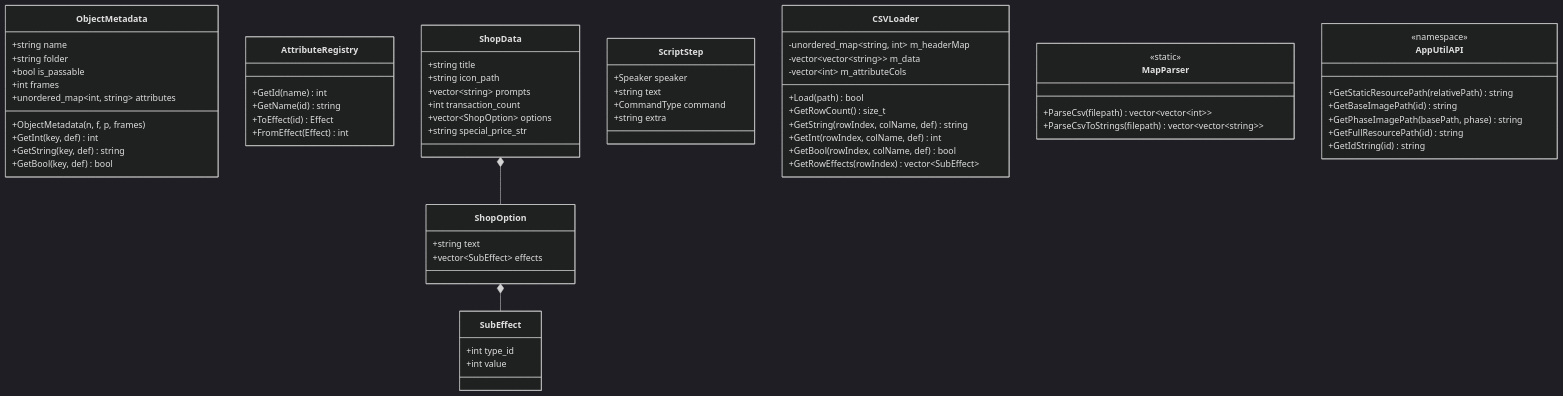
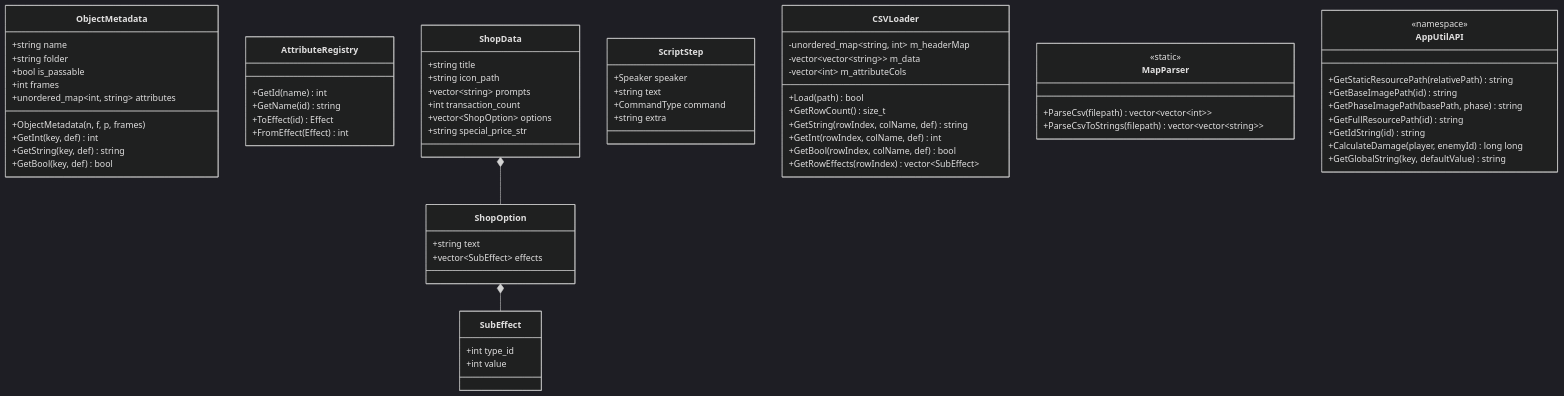
One commit to XWJWPIY/schoolwork_recreate_magic_tower changed the third of 4 diagrams in Constructure.md. Above: the diagram before and after it, drawn with Mermaid (dark theme). The commit also changed other lines of this file and 13 other files, not shown here.

````diff
--- a/Constructure.md
+++ b/Constructure.md
@@ -378,77 +396,79 @@
 ```mermaid
 classDiagram
     class ObjectMetadata {
         +string name
         +string folder
         +bool is_passable
         +int frames
         +unordered_map~int, string~ attributes
         +ObjectMetadata(n, f, p, frames)
         +GetInt(key, def) int
         +GetString(key, def) string
         +GetBool(key, def) bool
     }
 
     class AttributeRegistry {
         +GetId(name) int
         +GetName(id) string
         +ToEffect(id) Effect
         +FromEffect(Effect) int
     }
 
     class SubEffect {
         +int type_id
         +int value
     }
 
     class ShopOption {
         +string text
         +vector~SubEffect~ effects
     }
 
     class ShopData {
         +string title
         +string icon_path
         +vector~string~ prompts
         +int transaction_count
         +vector~ShopOption~ options
         +string special_price_str
     }
 
     class ScriptStep {
         +Speaker speaker
         +string text
         +CommandType command
         +string extra
     }
 
     class CSVLoader {
         -unordered_map~string, int~ m_headerMap
         -vector~vector~string~~ m_data
         -vector~int~ m_attributeCols
         +Load(path) bool
         +GetRowCount() size_t
         +GetString(rowIndex, colName, def) string
         +GetInt(rowIndex, colName, def) int
         +GetBool(rowIndex, colName, def) bool
         +GetRowEffects(rowIndex) vector~SubEffect~
     }
 
     class MapParser {
         <<static>>
         +ParseCsv(filepath) vector~vector~int~~
         +ParseCsvToStrings(filepath) vector~vector~string~~
     }
 
     class AppUtilAPI {
         <<namespace>>
         +GetStaticResourcePath(relativePath) string
         +GetBaseImagePath(id) string
         +GetPhaseImagePath(basePath, phase) string
         +GetFullResourcePath(id) string
         +GetIdString(id) string
+        +CalculateDamage(player, enemyId) long long
+        +GetGlobalString(key, defaultValue) string
     }
 
     ShopOption *-- SubEffect
     ShopData *-- ShopOption
 ```
````
